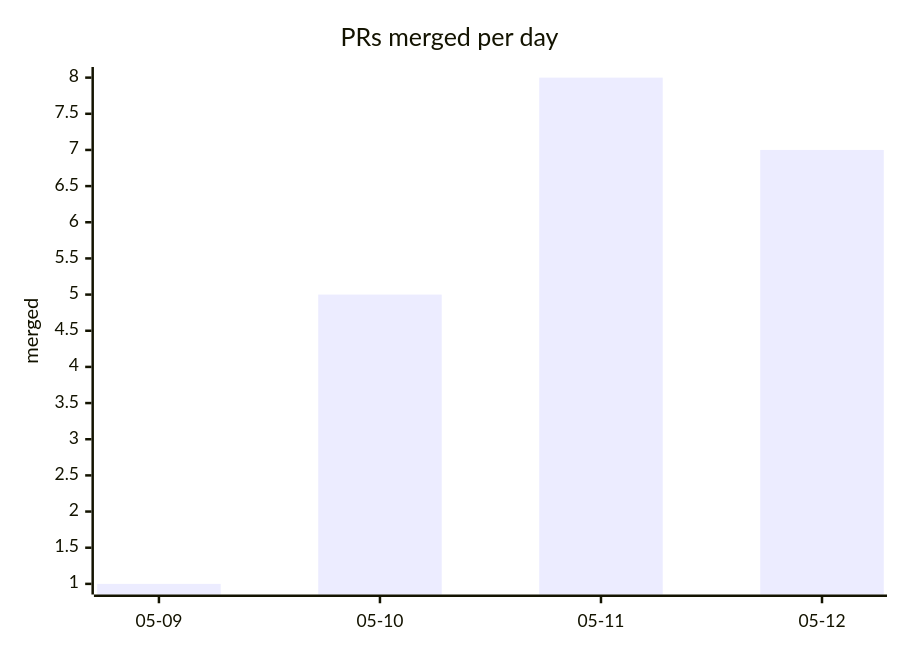
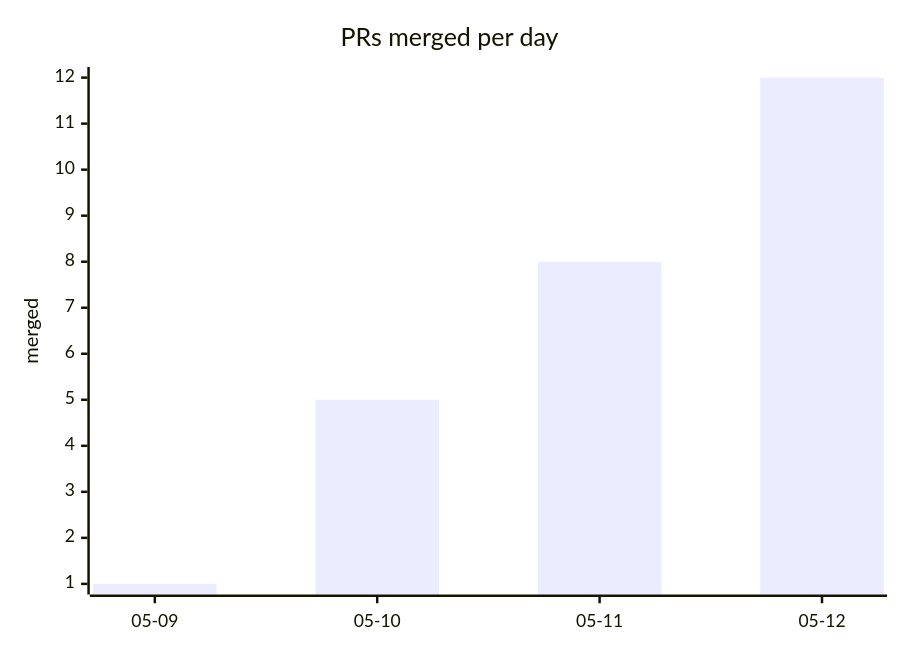
One commit to kimjune01/kimjune01 changed the second of 2 diagrams in README.md. Above: the diagram before and after it, drawn with Mermaid. The commit also changed other lines of this file, not shown here.

````diff
--- a/README.md
+++ b/README.md
@@ -15,7 +13,7 @@
 ```mermaid
 xychart-beta
     title "PRs merged per day"
     x-axis ["05-09", "05-10", "05-11", "05-12"]
     y-axis "merged"
-    bar [1, 5, 8, 7]
+    bar [1, 5, 8, 12]
 ```
````
